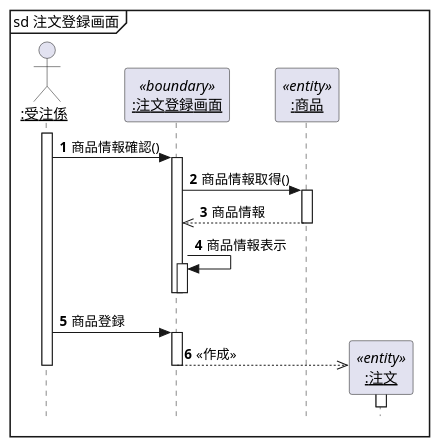
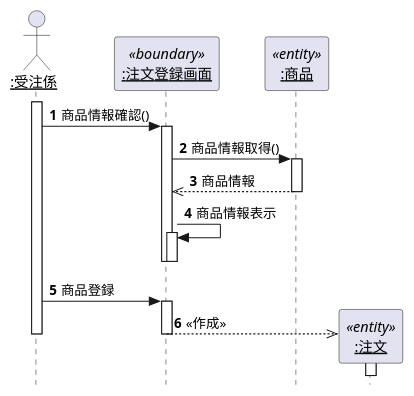
One commit to nagayamasaki/umi-intro changed the diagram in 演習4/演習4-4_SD_商品注文.pu. Above: the diagram before and after it, drawn with PlantUML.

Commit message:
演習4-4の修正

```diff
--- a/演習4/演習4-4_SD_商品注文.pu
+++ b/演習4/演習4-4_SD_商品注文.pu
@@ -1,37 +1,36 @@
 @startuml  
 hide footbox 
 autonumber
 skinparam style strictuml
 Actor "<u>:受注係</u>" as clerk
 participant "<u>:注文登録画面</u>" as register <<boundary>>
 participant "<u>:商品</u>" as merchandise <<entity>>
 
 
-mainframe sd 注文登録画面
 activate clerk
     clerk -> register : 商品情報確認()
     activate register
         register -> merchandise : 商品情報取得()
 
         activate merchandise
             merchandise -->> register : 商品情報
         deactivate merchandise
 
         register -> register : 商品情報表示
         
         activate register
         deactivate register
         
     deactivate register
 
     clerk -> register : 商品登録
     activate register
         create "<u>:注文</u>" as order <<entity>>
         register -->> order : <<作成>>
         activate order
 
         deactivate order
     deactivate register
 deactivate clerk
 
 @enduml
```
